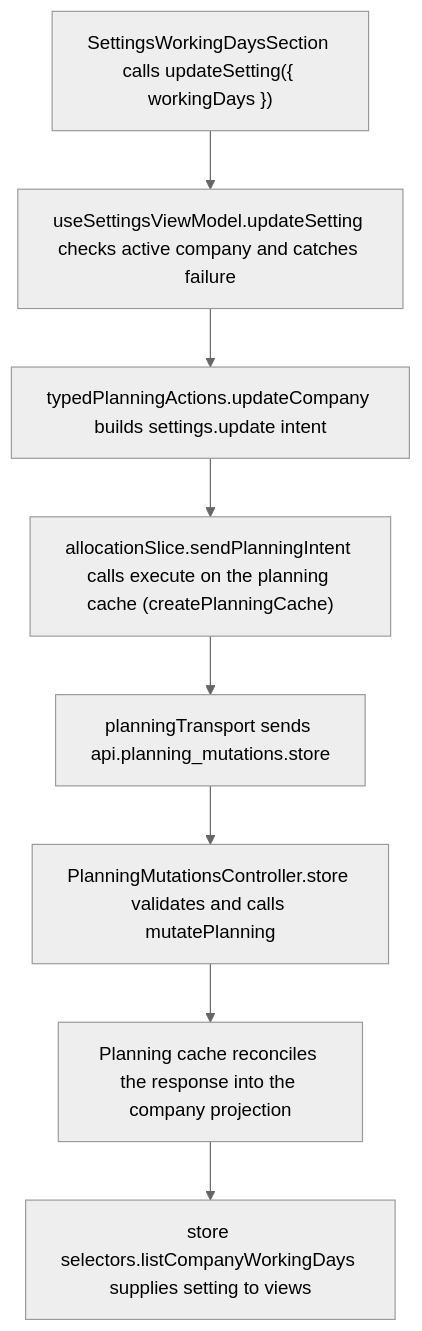
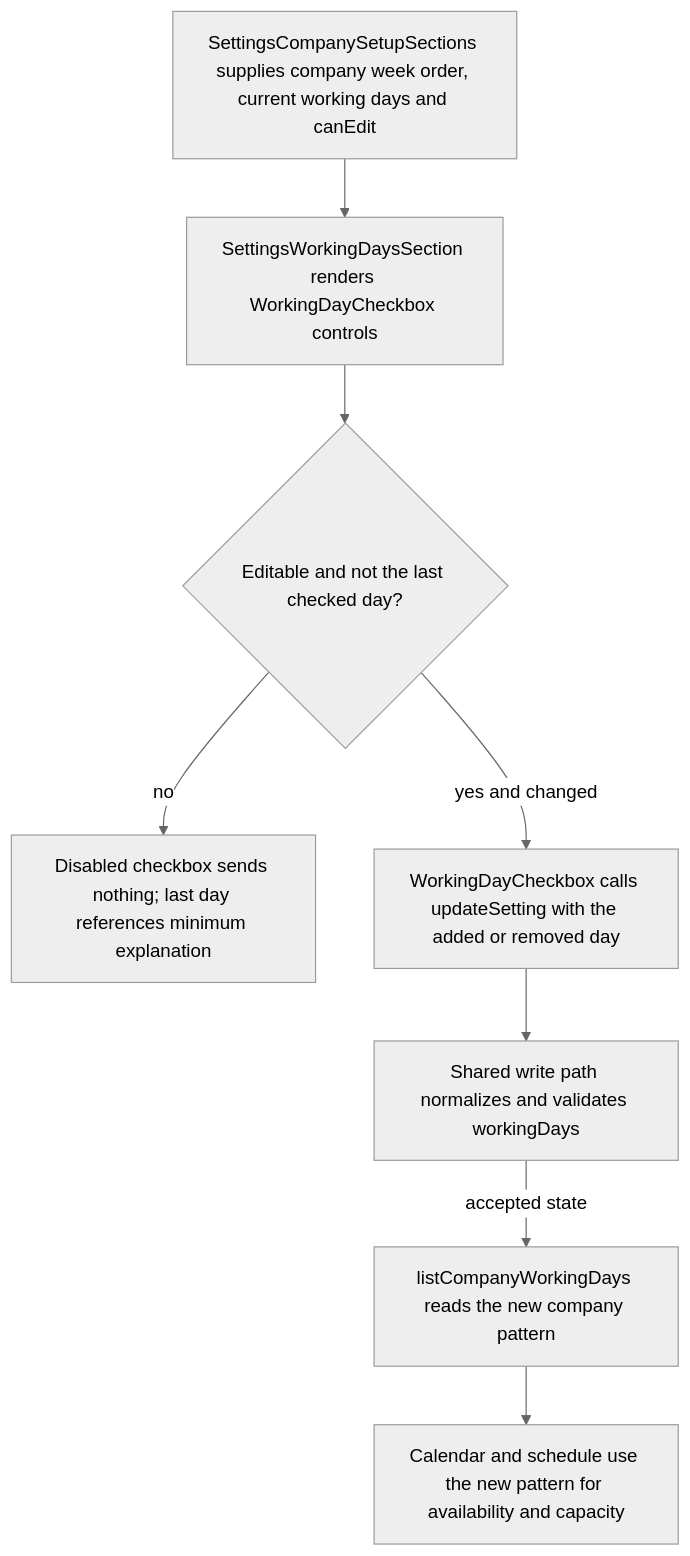
One commit to Kevinjohn/capacitylens changed the second of 2 diagrams in user-stories/settings/US-SET-15-global-working-days.md. Above: the diagram before and after it, drawn with Mermaid (neutral theme). The commit also changed other lines of this file and 172 other files, not shown here.

Commit message:
docs: reconcile user story code flows with source

````diff
--- a/user-stories/settings/US-SET-15-global-working-days.md
+++ b/user-stories/settings/US-SET-15-global-working-days.md
@@ -31,10 +33,10 @@
 ```mermaid
 flowchart TD
-  control["SettingsWorkingDaysSection calls updateSetting({ workingDays })"] --> view["useSettingsViewModel.updateSetting checks active company and catches failure"]
-  view --> action["typedPlanningActions.updateCompany builds settings.update intent"]
-  action --> execute["allocationSlice.sendPlanningIntent calls execute on the planning cache (createPlanningCache)"]
-  execute --> transport["planningTransport sends api.planning_mutations.store"]
-  transport --> route["PlanningMutationsController.store validates and calls mutatePlanning"]
-  route --> reply["Planning cache reconciles the response into the company projection"]
-  reply --> read["store selectors.listCompanyWorkingDays supplies setting to views"]
+  view["SettingsCompanySetupSections supplies company week order, current working days and canEdit"] --> inputs["SettingsWorkingDaysSection renders WorkingDayCheckbox controls"]
+  inputs --> guard{"Editable and not the last checked day?"}
+  guard -->|no| disabled["Disabled checkbox sends nothing; last day references minimum explanation"]
+  guard -->|yes and changed| patch["WorkingDayCheckbox calls updateSetting with the added or removed day"]
+  patch --> commit["Shared write path normalizes and validates workingDays"]
+  commit -->|accepted state| read["listCompanyWorkingDays reads the new company pattern"]
+  read --> capacity["Calendar and schedule use the new pattern for availability and capacity"]
 ```
````
